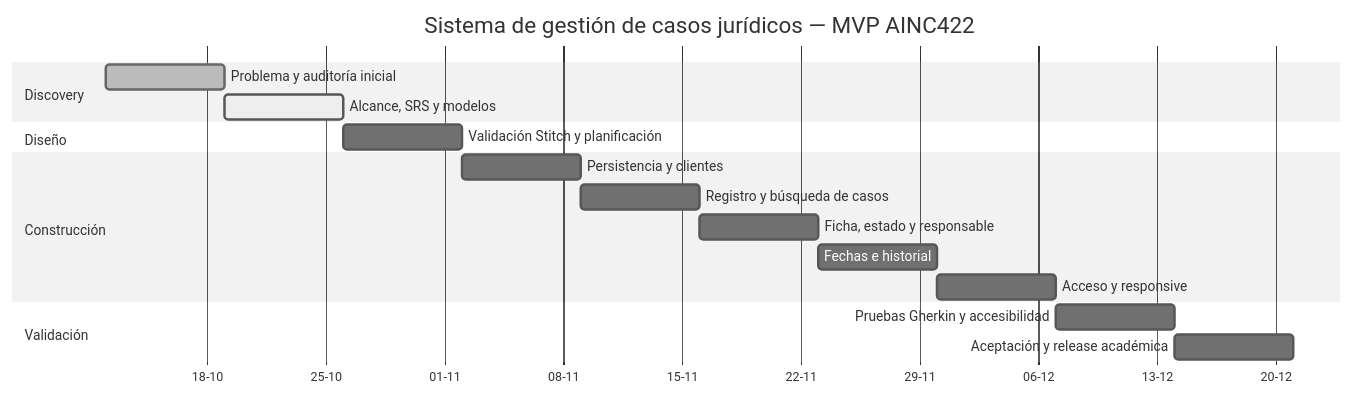
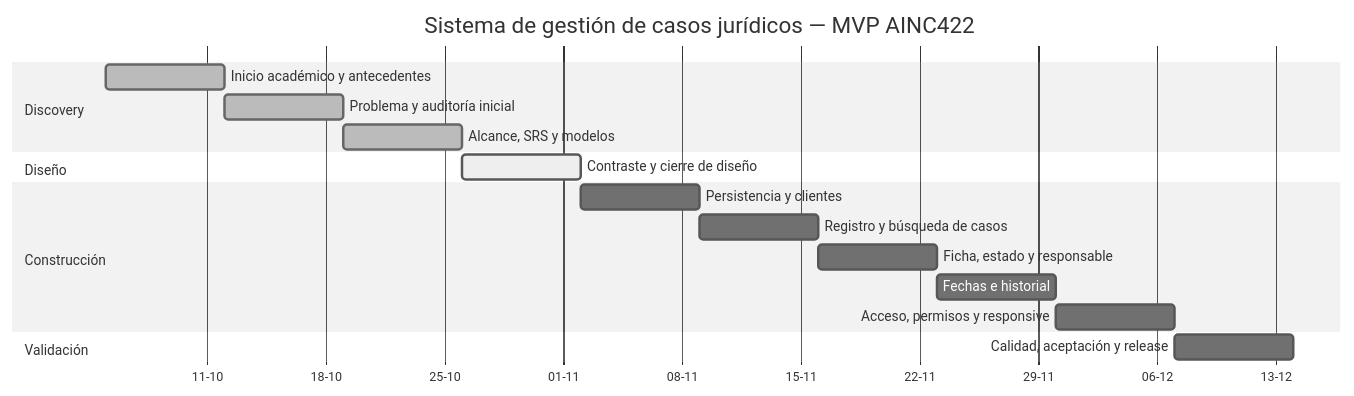
One commit to DerSarco/sistema-gestion-casos-juridicos changed the diagram in docs/planning/GANTT.md. Above: the diagram before and after it, drawn with Mermaid (neutral theme). The commit also changed other lines of this file and 7 other files, not shown here.

Commit message:
docs: rebaselinar planificación académica (#64)

````diff
--- a/docs/planning/GANTT.md
+++ b/docs/planning/GANTT.md
@@ -27,20 +31,20 @@
 ```mermaid
 gantt
     title Sistema de gestión de casos jurídicos — MVP AINC422
     dateFormat  YYYY-MM-DD
     axisFormat  %d-%m
     section Discovery
-    Problema y auditoría inicial       :done, d1, 2026-10-12, 7d
-    Alcance, SRS y modelos             :active, d2, 2026-10-19, 7d
+    Inicio académico y antecedentes     :done, d1, 2026-10-05, 7d
+    Problema y auditoría inicial         :done, d2, 2026-10-12, 7d
+    Alcance, SRS y modelos               :done, d3, 2026-10-19, 7d
     section Diseño
-    Validación Stitch y planificación  :d3, 2026-10-26, 7d
+    Contraste y cierre de diseño         :active, d4, 2026-10-26, 7d
     section Construcción
-    Persistencia y clientes            :c1, after d3, 7d
-    Registro y búsqueda de casos       :c2, after c1, 7d
-    Ficha, estado y responsable        :c3, after c2, 7d
-    Fechas e historial                 :c4, after c3, 7d
-    Acceso y responsive                :c5, after c4, 7d
+    Persistencia y clientes              :c1, 2026-11-02, 7d
+    Registro y búsqueda de casos         :c2, after c1, 7d
+    Ficha, estado y responsable          :c3, after c2, 7d
+    Fechas e historial                   :c4, after c3, 7d
+    Acceso, permisos y responsive        :c5, after c4, 7d
     section Validación
-    Pruebas Gherkin y accesibilidad    :v1, after c5, 7d
-    Aceptación y release académica     :v2, after v1, 7d
+    Calidad, aceptación y release        :v1, 2026-12-07, 7d
 ```
````
